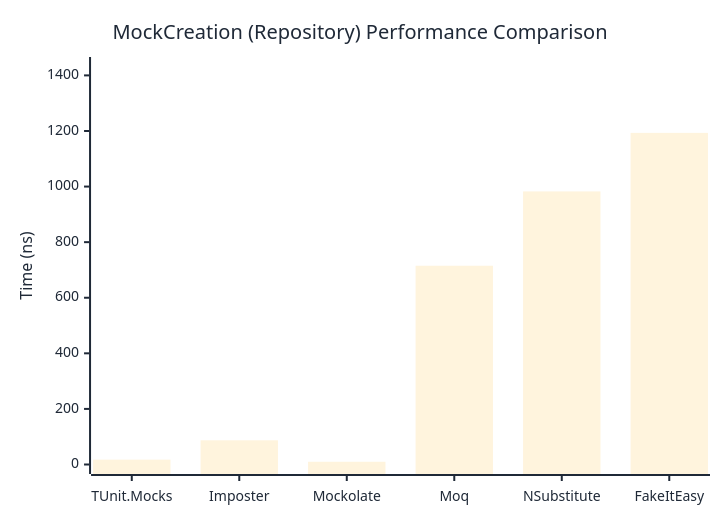
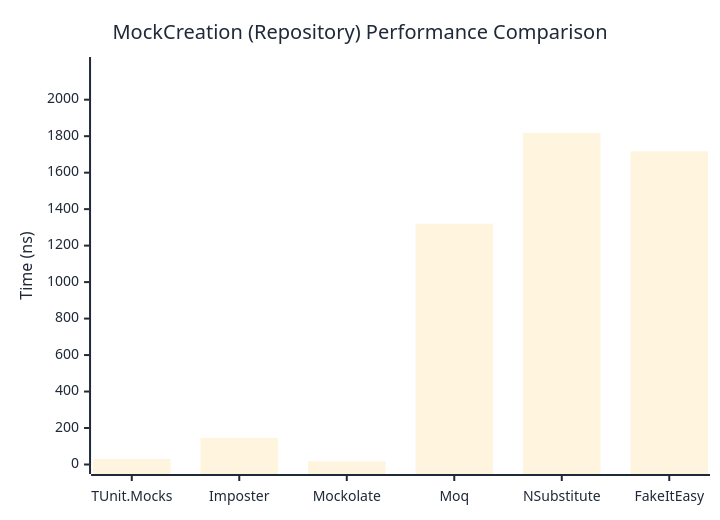
The second of 2 diagrams in docs/docs/benchmarks/mocks/MockCreation.md (thomhurst/TUnit), drawn with Mermaid before and after one commit. The commit also changed other lines of this file and 14 other files, not shown here.

````diff
--- a/docs/docs/benchmarks/mocks/MockCreation.md
+++ b/docs/docs/benchmarks/mocks/MockCreation.md
@@ -71,27 +71,27 @@
 ```mermaid
 %%{init: {
   'theme':'base',
   'themeVariables': {
     'primaryColor': '#2563eb',
     'primaryTextColor': '#1f2937',
     'primaryBorderColor': '#1e40af',
     'lineColor': '#6b7280',
     'secondaryColor': '#7c3aed',
     'tertiaryColor': '#dc2626',
     'background': '#ffffff',
     'pie1': '#2563eb',
     'pie2': '#7c3aed',
     'pie3': '#dc2626',
     'pie4': '#f59e0b',
     'pie5': '#10b981',
     'pie6': '#06b6d4',
     'pie7': '#ec4899',
     'pie8': '#6366f1'
   }
 }}%%
 xychart-beta
   title "MockCreation (Repository) Performance Comparison"
   x-axis ["TUnit.Mocks", "Imposter", "Mockolate", "Moq", "NSubstitute", "FakeItEasy"]
-  y-axis "Time (ns)" 0 --> 1432
-  bar [17.512, 87.007, 9.808, 715.143, 982.563, 1193.154]
+  y-axis "Time (ns)" 0 --> 2182
+  bar [29.76, 144.86, 17.73, 1320.17, 1817.76, 1717.11]
 ```
````
